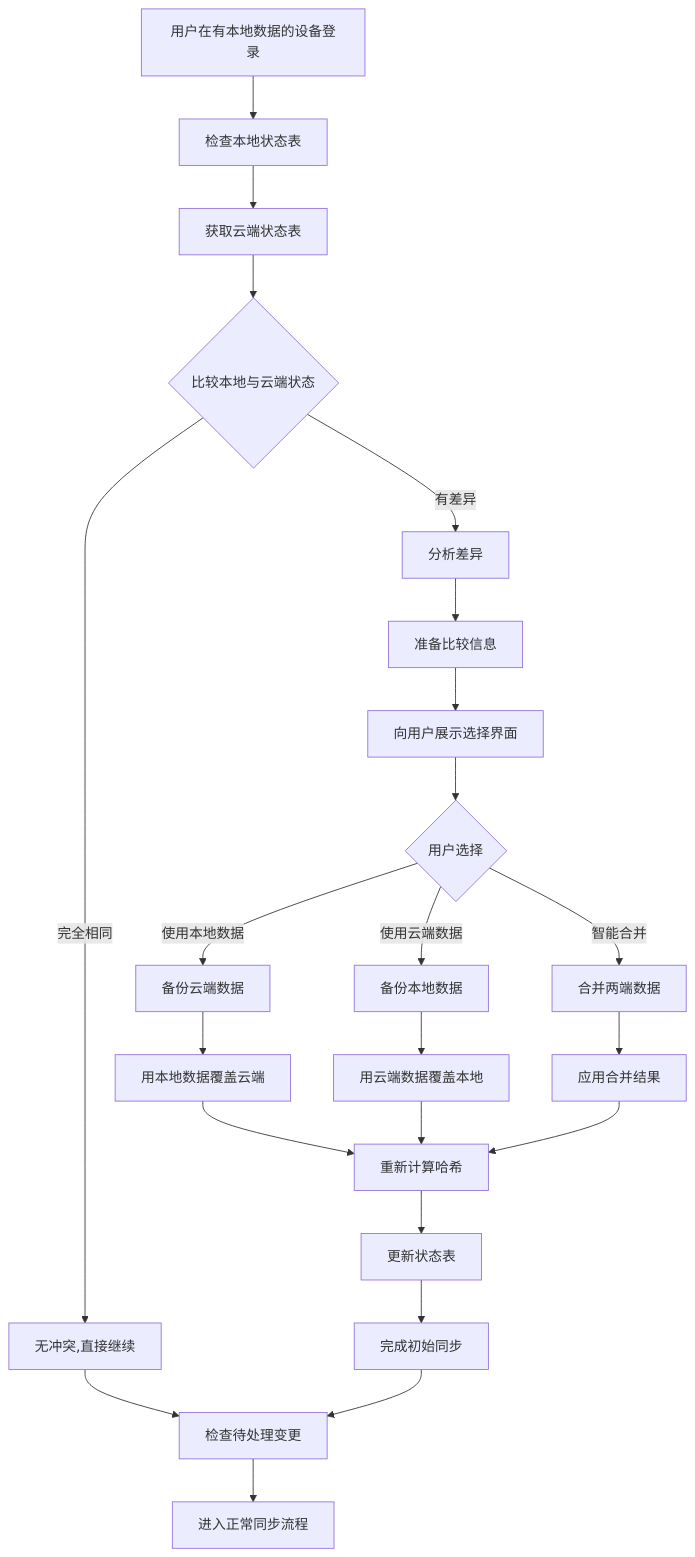
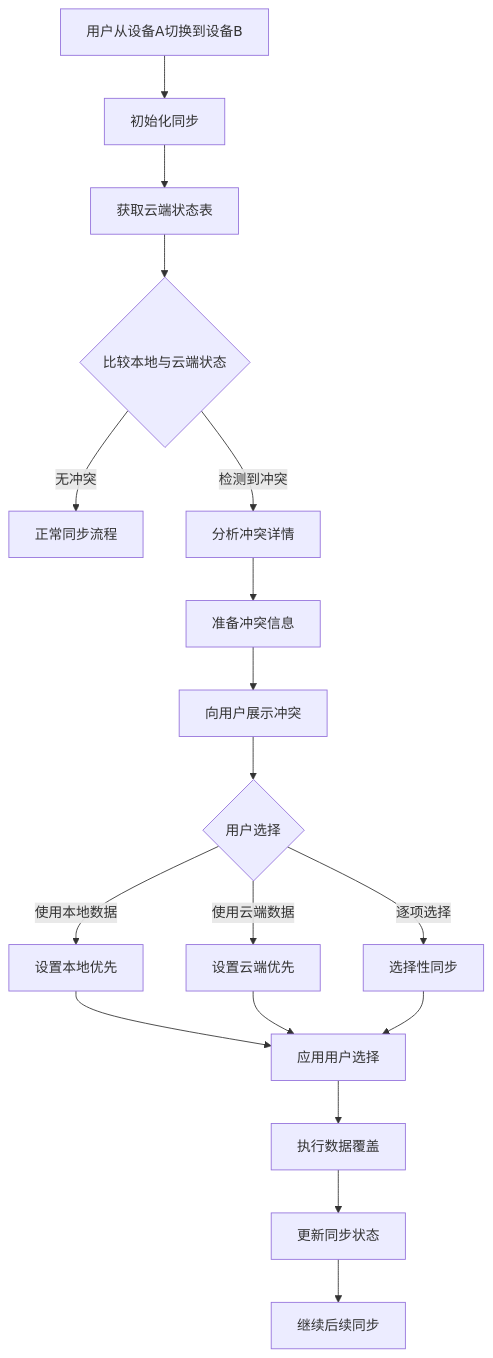
The diagram in all/未命名-42.md (yingjianzh/iodraw-files), drawn with Mermaid before and after one commit.

Commit message:
2025-04-24 15:54:31 update

````diff
--- a/all/未命名-42.md
+++ b/all/未命名-42.md
@@ -1,34 +1,25 @@
 ```mermaid
 flowchart TD
-    Start[用户在有本地数据的设备登录] --> CheckLocalState[检查本地状态表]
-    CheckLocalState --> FetchCloudState[获取云端状态表]
+    Start[用户从设备A切换到设备B] --> InitSync[初始化同步]
+    InitSync --> FetchCloudState[获取云端状态表]
+    FetchCloudState --> CompareState{比较本地与云端状态}
     
-    FetchCloudState --> CompareStates{比较本地与云端状态}
+    CompareState -- 无冲突 --> NormalSync[正常同步流程]
+    CompareState -- 检测到冲突 --> AnalyzeConflict[分析冲突详情]
     
-    CompareStates -- 完全相同 --> NoConflict[无冲突,直接继续]
-    CompareStates -- 有差异 --> AnalyzeDifferences[分析差异]
+    AnalyzeConflict --> PrepareConflictInfo[准备冲突信息]
+    PrepareConflictInfo --> UserPrompt[向用户展示冲突]
     
-    AnalyzeDifferences --> PrepareComparison[准备比较信息]
-    PrepareComparison --> UserPrompt[向用户展示选择界面]
+    UserPrompt --> UserDecision{用户选择}
+    UserDecision -- 使用本地数据 --> LocalPriority[设置本地优先]
+    UserDecision -- 使用云端数据 --> CloudPriority[设置云端优先]
+    UserDecision -- 逐项选择 --> SelectiveSync[选择性同步]
     
-    UserPrompt --> UserChoice{用户选择}
-    UserChoice -- 使用本地数据 --> BackupCloud[备份云端数据]
-    UserChoice -- 使用云端数据 --> BackupLocal[备份本地数据]
-    UserChoice -- 智能合并 --> MergeData[合并两端数据]
+    LocalPriority --> ApplyStrategy[应用用户选择]
+    CloudPriority --> ApplyStrategy
+    SelectiveSync --> ApplyStrategy
     
-    BackupCloud --> OverwriteCloud[用本地数据覆盖云端]
-    BackupLocal --> OverwriteLocal[用云端数据覆盖本地]
-    MergeData --> ApplyMerge[应用合并结果]
-    
-    OverwriteCloud --> RecalculateHashes[重新计算哈希]
-    OverwriteLocal --> RecalculateHashes
-    ApplyMerge --> RecalculateHashes
-    
-    RecalculateHashes --> UpdateStateTable[更新状态表]
-    UpdateStateTable --> SyncComplete[完成初始同步]
-    
-    NoConflict --> CheckPendingChanges[检查待处理变更]
-    SyncComplete --> CheckPendingChanges
-    
-    CheckPendingChanges --> NormalSync[进入正常同步流程]
+    ApplyStrategy --> PerformSync[执行数据覆盖]
+    PerformSync --> UpdateStatus[更新同步状态]
+    UpdateStatus --> ContinueSync[继续后续同步]
 ```
````
